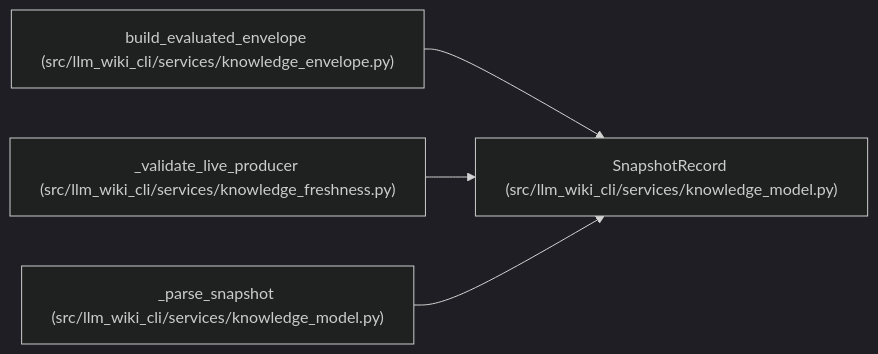
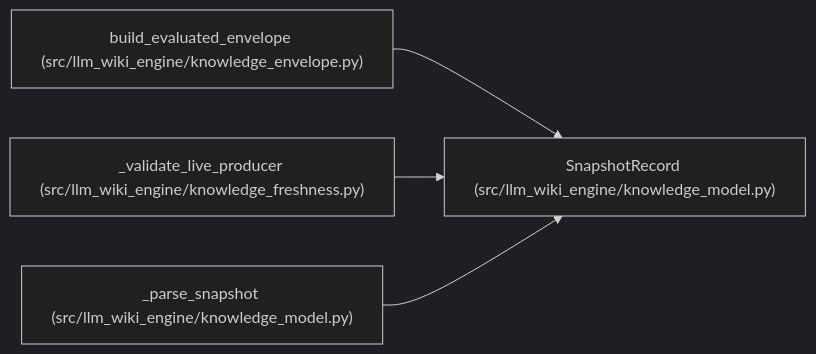
The diagram in docs/llm_wiki/entities/SnapshotRecord.md (Denissvgn/python-wiki-llm), drawn with Mermaid (dark theme) before and after one commit. The commit also changed other lines of this file and 1058 other files, not shown here.

First line of the commit message:
docs: refresh the wiki for the knowledge store move

````diff
--- a/docs/llm_wiki/entities/SnapshotRecord.md
+++ b/docs/llm_wiki/entities/SnapshotRecord.md
@@ -31,14 +31,14 @@
 ```mermaid
 flowchart LR
-    n0["SnapshotRecord (src/llm_wiki_cli/services/knowledge_model.py)"]
-    n1["build_evaluated_envelope (src/llm_wiki_cli/services/knowledge_envelope.py)"]
-    n2["_validate_live_producer (src/llm_wiki_cli/services/knowledge_freshness.py)"]
-    n3["_parse_snapshot (src/llm_wiki_cli/services/knowledge_model.py)"]
+    n0["SnapshotRecord (src/llm_wiki_engine/knowledge_model.py)"]
+    n1["build_evaluated_envelope (src/llm_wiki_engine/knowledge_envelope.py)"]
+    n2["_validate_live_producer (src/llm_wiki_engine/knowledge_freshness.py)"]
+    n3["_parse_snapshot (src/llm_wiki_engine/knowledge_model.py)"]
     n1 --> n0
     n2 --> n0
     n3 --> n0
     click n0 "../modules/knowledge_model.md"
     click n1 "../modules/knowledge_envelope.md"
     click n2 "../modules/knowledge_freshness.md"
     click n3 "../modules/knowledge_model.md"
 ```
````
